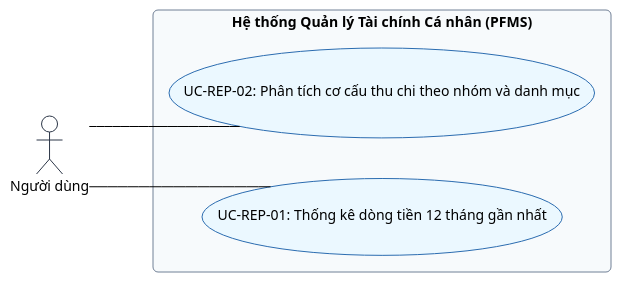
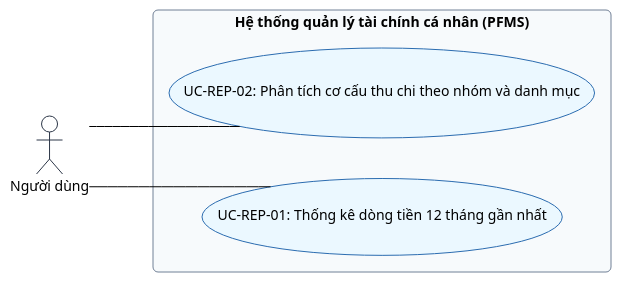
One commit to mynhleeh/pfms-oop changed the sixth of 7 diagrams in docs/software-requirement-specification/08-so-do-ca-su-dung-he-thong.md. Above: the diagram before and after it, drawn with PlantUML. The commit also changed other lines of this file and 9 other files, not shown here.

````diff
--- a/docs/software-requirement-specification/08-so-do-ca-su-dung-he-thong.md
+++ b/docs/software-requirement-specification/08-so-do-ca-su-dung-he-thong.md
@@ -256,27 +244,27 @@
 ```plantuml
 @startuml
 !theme plain
 skinparam shadowing false
 skinparam roundCorner 10
 skinparam defaultFontName "Segoe UI"
 skinparam linetype ortho
 skinparam nodesep 40
 skinparam ranksep 80
 skinparam actorBorderColor #2D3748
 skinparam usecaseBorderColor #2B6CB0
 skinparam usecaseBackgroundColor #EBF8FF
 skinparam rectangleBorderColor #718096
 skinparam rectangleBackgroundColor #F7FAFC
 left to right direction
 
 actor "Người dùng" as Owner
 
-rectangle "Hệ thống Quản lý Tài chính Cá nhân (PFMS)" {
-    usecase "UC-REP-02: Phân tích cơ cấu thu chi theo nhóm và danh mục" as UC_REP_02
-    usecase "UC-REP-01: Thống kê dòng tiền 12 tháng gần nhất" as UC_REP_01
+rectangle "Hệ thống quản lý tài chính cá nhân (PFMS)" {
+usecase "UC-REP-02: Phân tích cơ cấu thu chi theo nhóm và danh mục" as UC_REP_02
+usecase "UC-REP-01: Thống kê dòng tiền 12 tháng gần nhất" as UC_REP_01
 }
 
 Owner -- UC_REP_01
 Owner -- UC_REP_02
 @enduml
 ```
````
